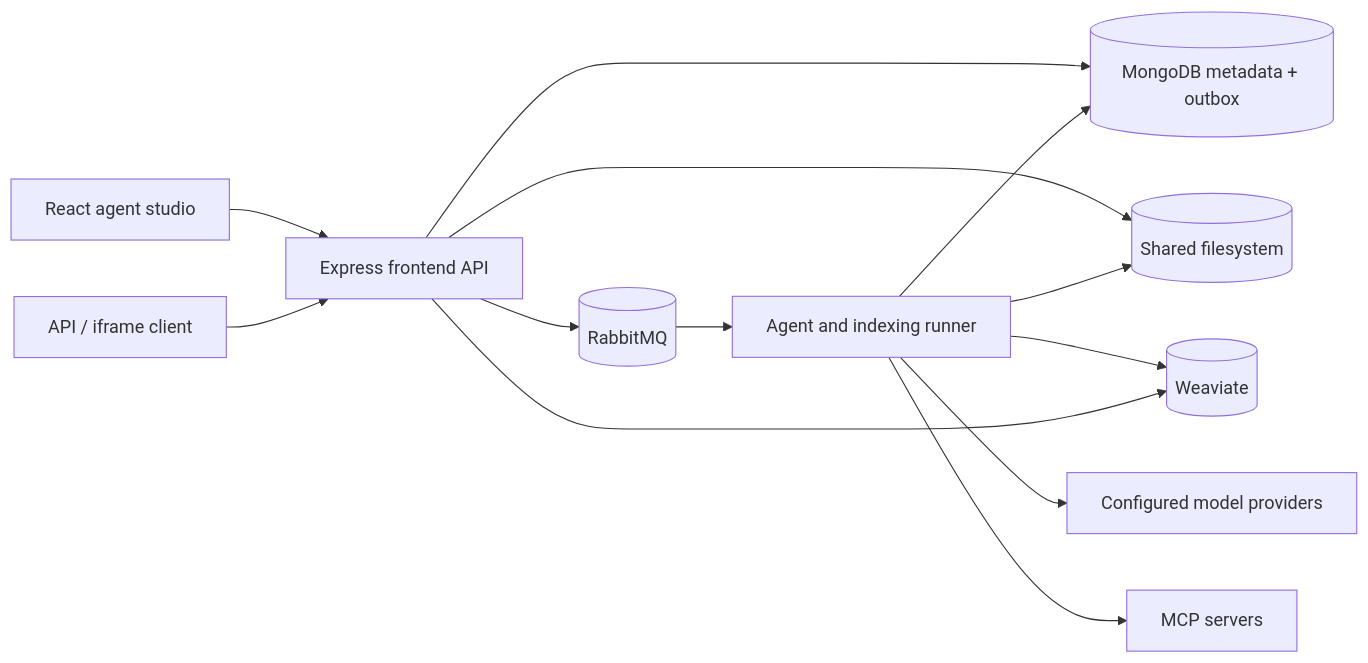
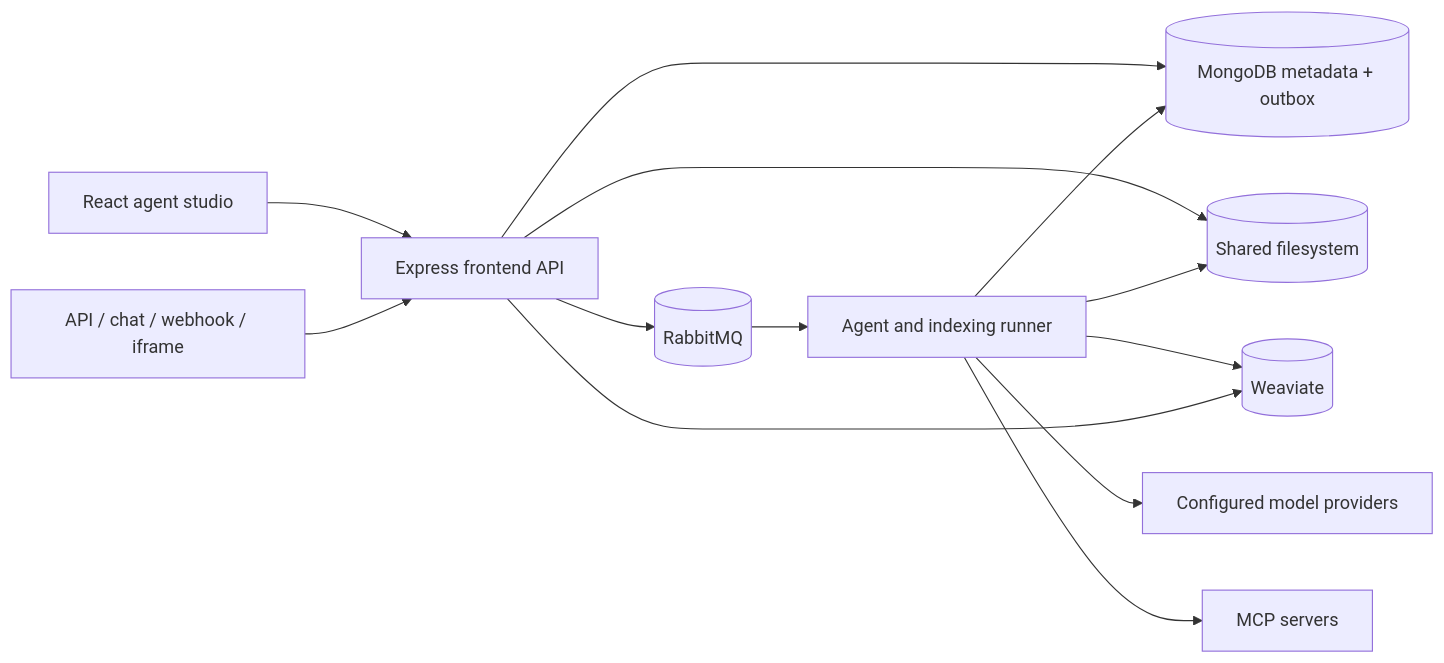
One commit to deepfinery/OpenHarness changed the diagram in README.md. Above: the diagram before and after it, drawn with Mermaid. The commit also changed other lines of this file and 39 other files, not shown here.

````diff
--- a/README.md
+++ b/README.md
@@ -93,15 +105,15 @@
 ```mermaid
 flowchart LR
   UI[React agent studio] --> API[Express frontend API]
-  Client[API / iframe client] --> API
+  Client[API / chat / webhook / iframe] --> API
   API --> Mongo[(MongoDB metadata + outbox)]
   API --> MQ[(RabbitMQ)]
   MQ --> Runner[Agent and indexing runner]
   Runner --> Mongo
   API --> Files[(Shared filesystem)]
   Runner --> Files
   Runner --> Vector[(Weaviate)]
   API --> Vector
   Runner --> LLM[Configured model providers]
   Runner --> MCP[MCP servers]
 ```
````
